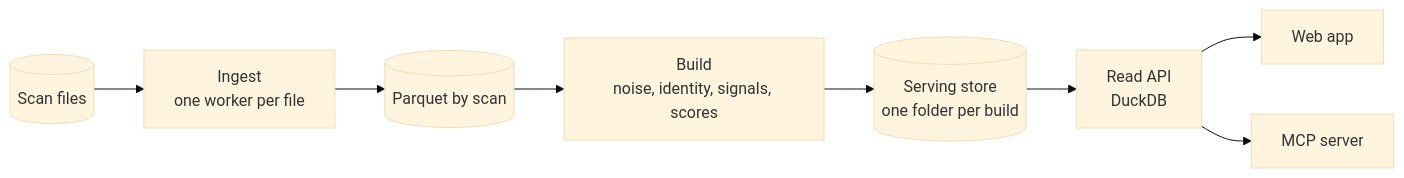
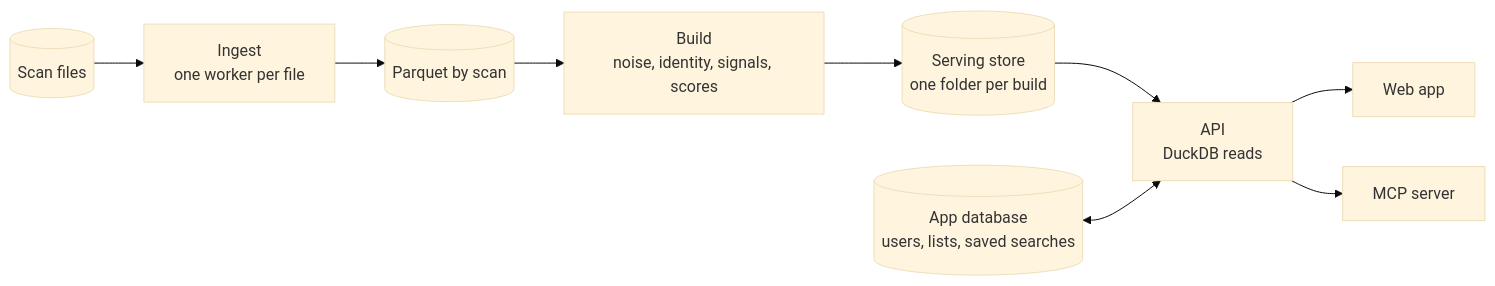
Before and after one commit to SahilChoudhary22/recon-sales-intelligence: the first of 6 diagrams in docs/architecture.md, drawn with Mermaid (base theme). The commit also changed other lines of this file and 23 other files, not shown here.

First line of the commit message:
Sign-in and a per-user app database for lists, statuses, saved searches and the profile

````diff
--- a/docs/architecture.md
+++ b/docs/architecture.md
@@ -15,10 +17,11 @@
 ```mermaid
 flowchart LR
   files[("Scan files")] --> ingest["Ingest<br/>one worker per file"]
   ingest --> lake[("Parquet by scan")]
   lake --> build["Build<br/>noise, identity, signals, scores"]
   build --> store[("Serving store<br/>one folder per build")]
-  store --> api["Read API<br/>DuckDB"]
+  store --> api["API<br/>DuckDB reads"]
+  appdb[("App database<br/>users, lists, saved searches")] <--> api
   api --> app["Web app"]
   api --> mcp["MCP server"]
 ```
````
